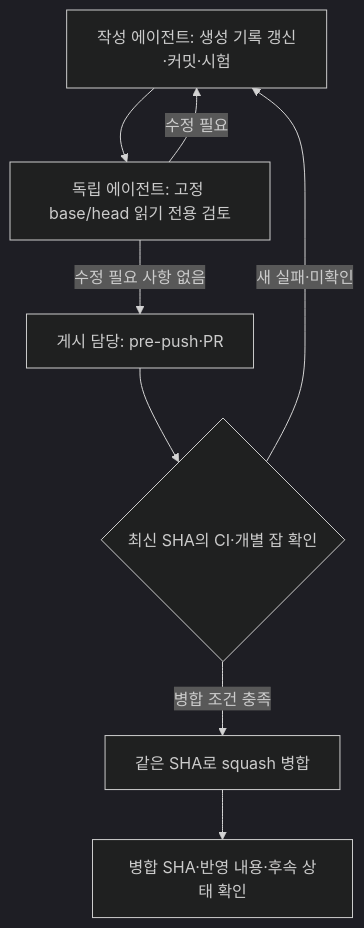
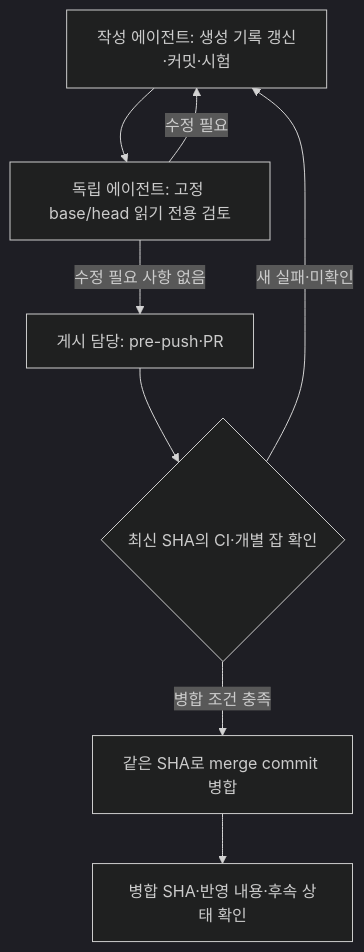
Before and after one commit to robotics-team-1213/rosy-platform: the first of 2 diagrams in docs/reference/pr-pipeline.md, drawn with Mermaid (dark theme). The commit also changed other lines of this file and 9 other files, not shown here.

First line of the commit message:
docs(adr): D-868 land on local main first; publish it to origin/main by merge-commit PR

````diff
--- a/docs/reference/pr-pipeline.md
+++ b/docs/reference/pr-pipeline.md
@@ -5,10 +5,10 @@
 ```mermaid
 flowchart TD
     author["작성 에이전트: 생성 기록 갱신·커밋·시험"] --> review["독립 에이전트: 고정 base/head 읽기 전용 검토"]
     review -->|수정 필요| author
     review -->|수정 필요 사항 없음| post["게시 담당: pre-push·PR"]
     post --> ci{"최신 SHA의 CI·개별 잡 확인"}
     ci -->|새 실패·미확인| author
-    ci -->|병합 조건 충족| merge["같은 SHA로 squash 병합"]
+    ci -->|병합 조건 충족| merge["같은 SHA로 merge commit 병합"]
     merge --> check["병합 SHA·반영 내용·후속 상태 확인"]
 ```
````
